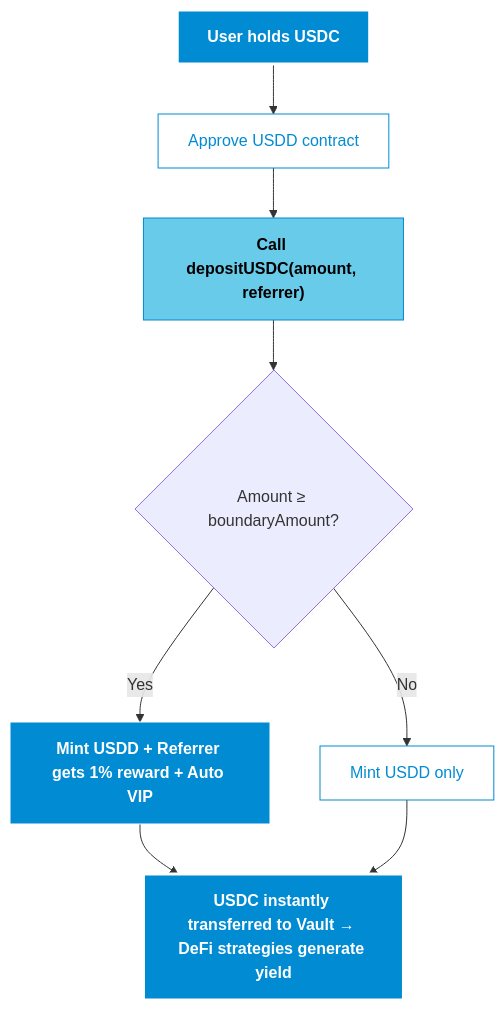
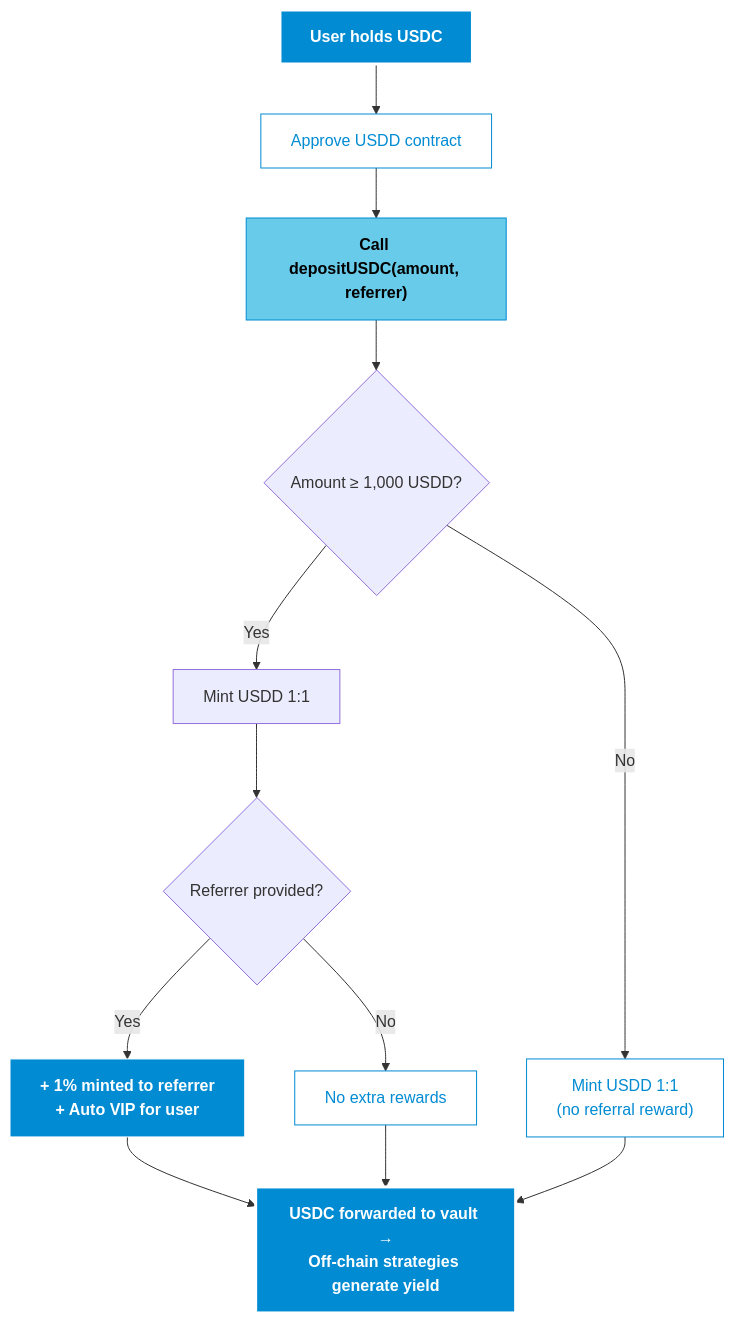
Before and after one commit to wyc-dev/USDD: the first of 3 diagrams in README.md, drawn with Mermaid. The commit also changed other lines of this file, not shown here.

````diff
--- a/README.md
+++ b/README.md
@@ -33,17 +30,19 @@
 ```mermaid
 flowchart TD
     classDef primary fill:#018BD3,stroke:#fff,color:#fff,font-weight:bold;
     classDef secondary fill:#68CBEA,stroke:#018BD3,color:#000,font-weight:bold;
     classDef action fill:#fff,stroke:#018BD3,color:#018BD3;
-
     A["User holds USDC"]:::primary --> B["Approve USDD contract"]:::action
     B --> C["Call depositUSDC(amount, referrer)"]:::secondary
-    C --> D{"Amount ≥ boundaryAmount?"}
-    D -->|Yes| E["Mint USDD + Referrer gets 1% reward + Auto VIP"]:::primary
-    D -->|No| F["Mint USDD only"]:::action
-    E --> G["USDC instantly transferred to Vault → DeFi strategies generate yield"]:::primary
-    F --> G
-
+    C --> D{"Amount ≥ 1,000 USDD?"}
+    D -->|Yes| E["Mint USDD 1:1"]
+    E --> F{"Referrer provided?"}
+    F -->|Yes| G["+ 1% minted to referrer<br>+ Auto VIP for user"]:::primary
+    F -->|No| H["No extra rewards"]:::action
+    D -->|No| I["Mint USDD 1:1<br>(no referral reward)"]:::action
+    G --> J["USDC forwarded to vault →<br>Off-chain strategies generate yield"]:::primary
+    H --> J
+    I --> J
     style A stroke-width:3px
-    style G stroke-width:3px
+    style J stroke-width:3px
 ```
````
